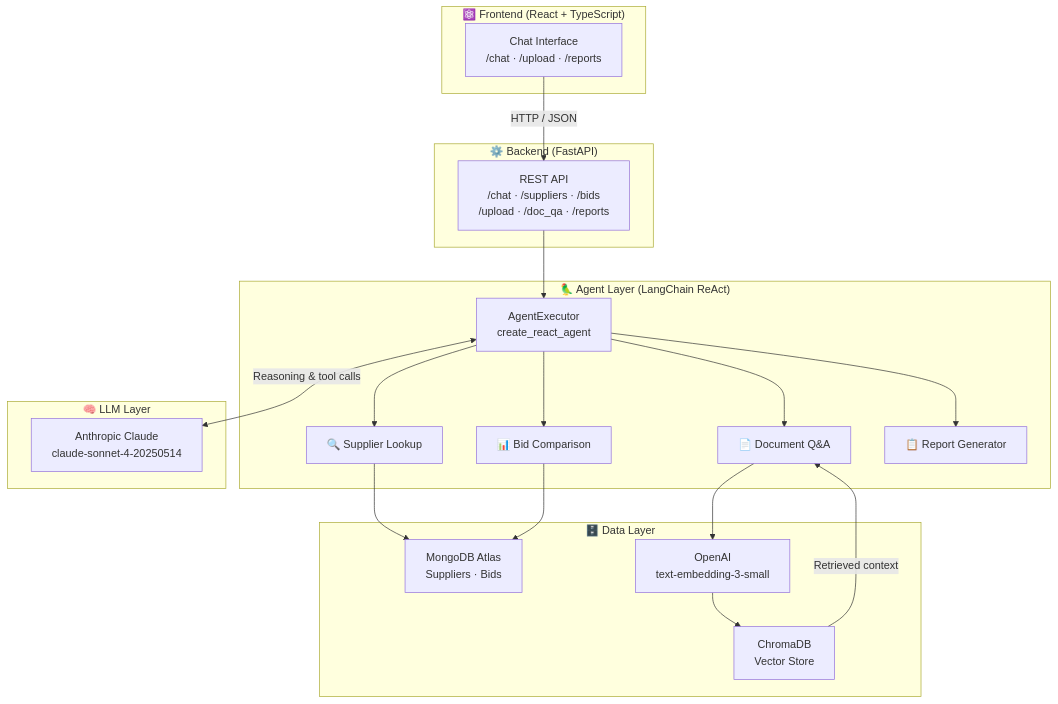
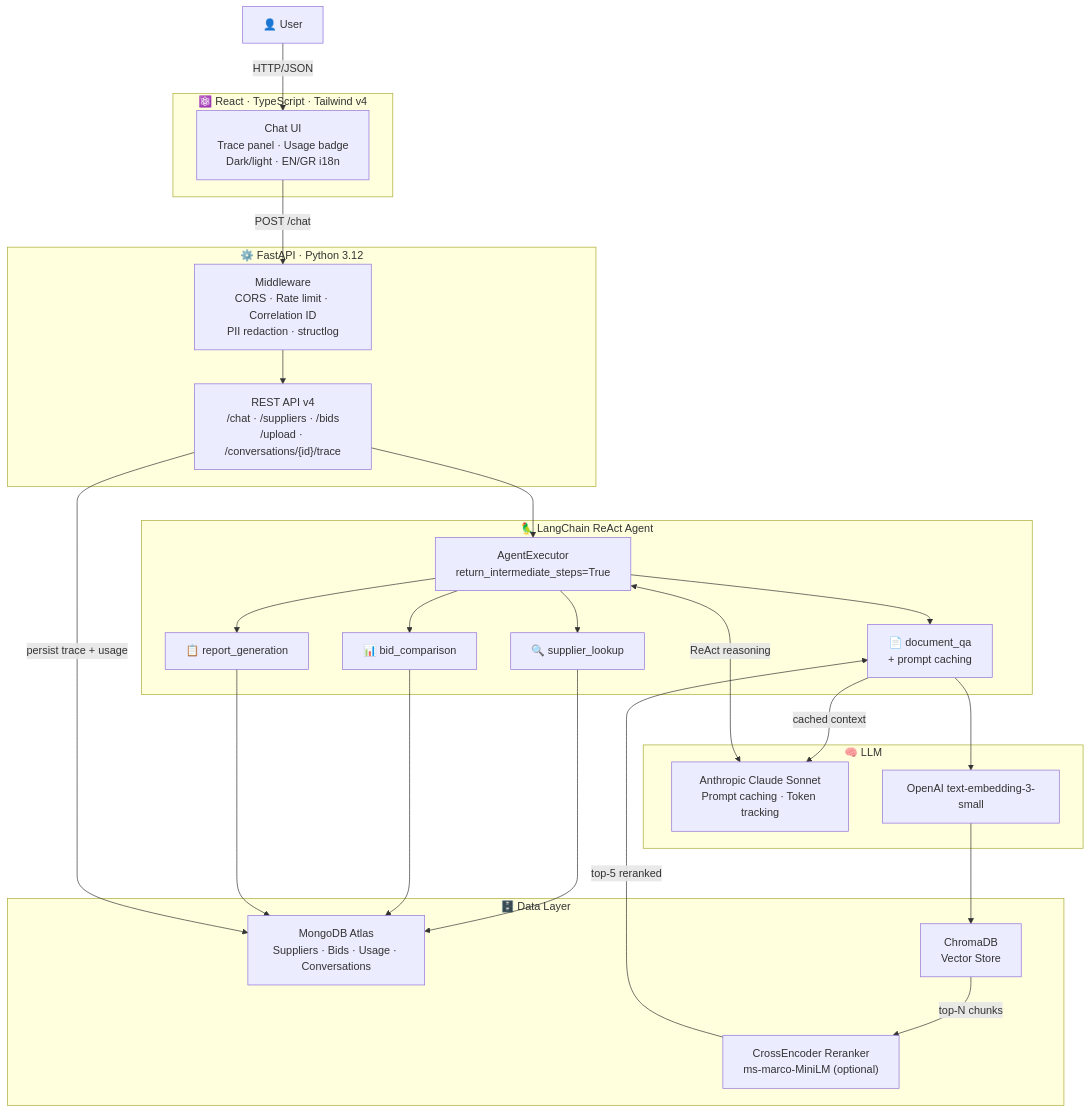
One commit to GiorgosPanagopoulos/procureai changed the diagram in README.md. Above: the diagram before and after it, drawn with Mermaid. The commit also changed other lines of this file and 6 other files, not shown here.

````diff
--- a/README.md
+++ b/README.md
@@ -51,41 +51,44 @@
 ```mermaid
 graph TD
-    subgraph Frontend["⚛️ Frontend (React + TypeScript)"]
-        UI["Chat Interface\n/chat · /upload · /reports"]
+    User["👤 User"] -->|HTTP/JSON| React
+
+    subgraph Frontend["⚛️ React · TypeScript · Tailwind v4"]
+        React["Chat UI\nTrace panel · Usage badge\nDark/light · EN/GR i18n"]
     end
 
-    subgraph Backend["⚙️ Backend (FastAPI)"]
-        API["REST API\n/chat · /suppliers · /bids\n/upload · /doc_qa · /reports"]
+    subgraph Backend["⚙️ FastAPI · Python 3.12"]
+        MW["Middleware\nCORS · Rate limit · Correlation ID\nPII redaction · structlog"]
+        API["REST API v4\n/chat · /suppliers · /bids\n/upload · /conversations/{id}/trace"]
     end
 
-    subgraph AgentLayer["🦜 Agent Layer (LangChain ReAct)"]
-        AGENT["AgentExecutor\ncreate_react_agent"]
-        T1["🔍 Supplier Lookup"]
-        T2["📊 Bid Comparison"]
-        T3["📄 Document Q&A"]
-        T4["📋 Report Generator"]
+    subgraph Agent["🦜 LangChain ReAct Agent"]
+        EXEC["AgentExecutor\nreturn_intermediate_steps=True"]
+        T1["🔍 supplier_lookup"]
+        T2["📊 bid_comparison"]
+        T3["📄 document_qa\n+ prompt caching"]
+        T4["📋 report_generation"]
     end
 
-    subgraph DataLayer["🗄️ Data Layer"]
-        MONGO["MongoDB Atlas\nSuppliers · Bids"]
+    subgraph Data["🗄️ Data Layer"]
+        MONGO["MongoDB Atlas\nSuppliers · Bids · Usage · Conversations"]
         CHROMA["ChromaDB\nVector Store"]
-        EMBED["OpenAI\ntext-embedding-3-small"]
+        RERANK["CrossEncoder Reranker\nms-marco-MiniLM (optional)"]
     end
 
-    subgraph LLM["🧠 LLM Layer"]
-        CLAUDE["Anthropic Claude\nclaude-sonnet-4-20250514"]
+    subgraph LLM["🧠 LLM"]
+        CLAUDE["Anthropic Claude Sonnet\nPrompt caching · Token tracking"]
+        EMBED["OpenAI text-embedding-3-small"]
     end
 
-    UI -->|HTTP / JSON| API
-    API --> AGENT
-    AGENT --> T1
-    AGENT --> T2
-    AGENT --> T3
-    AGENT --> T4
-    T1 --> MONGO
-    T2 --> MONGO
-    T3 --> EMBED
-    EMBED --> CHROMA
-    CHROMA -->|Retrieved context| T3
-    AGENT <-->|Reasoning & tool calls| CLAUDE
+    React -->|POST /chat| MW
+    MW --> API
+    API --> EXEC
+    EXEC --> T1 & T2 & T4
+    EXEC --> T3
+    T1 & T2 & T4 --> MONGO
+    T3 --> EMBED --> CHROMA
+    CHROMA -->|top-N chunks| RERANK -->|top-5 reranked| T3
+    T3 -->|cached context| CLAUDE
+    EXEC <-->|ReAct reasoning| CLAUDE
+    API -->|persist trace + usage| MONGO
 ```
````
